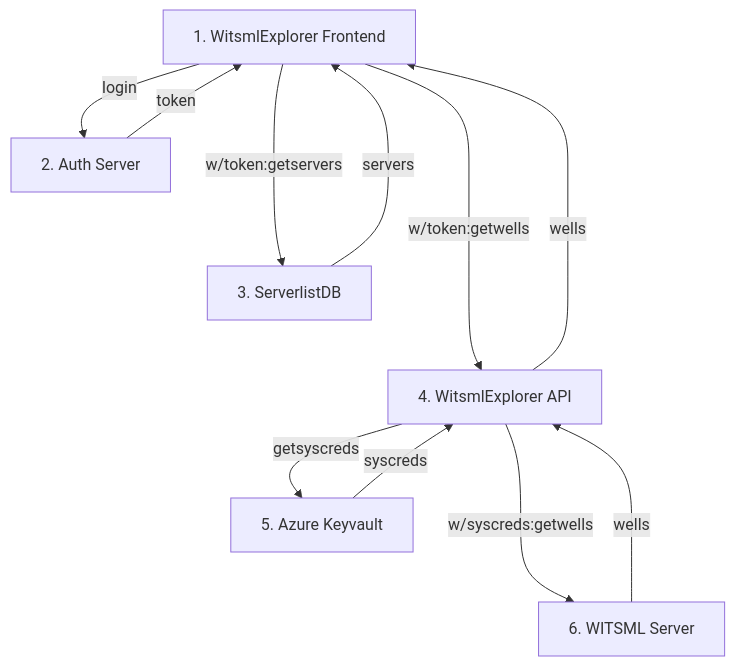
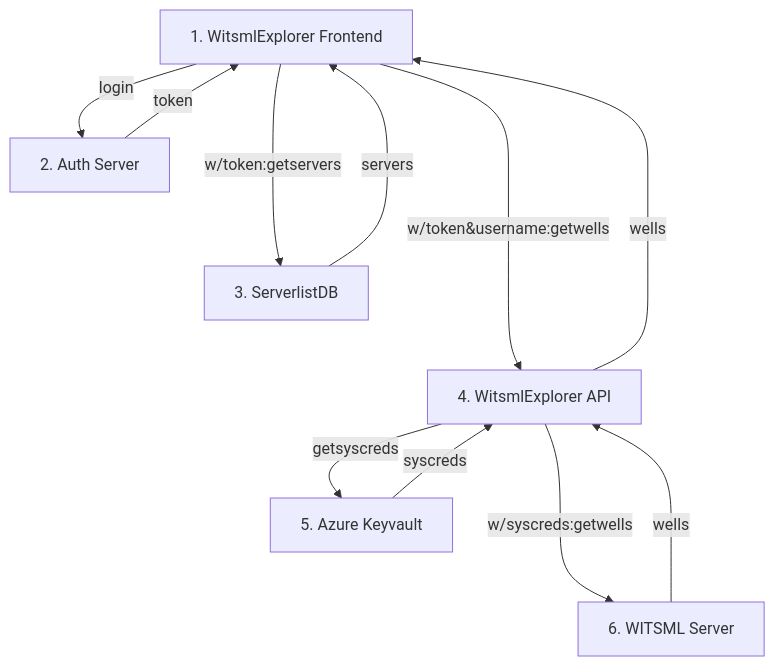
One commit to equinor/witsml-explorer changed the second of 2 diagrams in AUTH.md. Above: the diagram before and after it, drawn with Mermaid. The commit also changed other lines of this file and 3 other files, not shown here.

````diff
--- a/AUTH.md
+++ b/AUTH.md
@@ -214,14 +222,14 @@
 ```mermaid
 
 graph TD
     A[1. WitsmlExplorer Frontend] -->|login| B[2. Auth Server]
     B[2. Auth Server] --> |token| A[WitsmlExplorer Frontend]
     A[1. WitsmlExplorer Frontend] --->|w/token:getservers| G[3. ServerlistDB]
     G[3. ServerlistDB] --->|servers| A[itsml-Explorer]
-    A[1. WitsmlExplorer Frontend] ----> |w/token:getwells| H[3. WitsmlExplorer API]
+    A[1. WitsmlExplorer Frontend] ----> |w/token&username:getwells| H[3. WitsmlExplorer API]
     H[3. WitsmlExplorer API] ----> |wells| A[1. WitsmlExplorer Frontend]  
     H[3. WitsmlExplorer API] --> |getsyscreds| K[5. Azure Keyvault]
     K[5. Azure Keyvault] --> |syscreds| H[3. WitsmlExplorer API]
     H[3. WitsmlExplorer API] ---> |w/syscreds:getwells| J[6. WITSML Server]
     J[6. WITSML Server]  ---> |wells| H[4. WitsmlExplorer API]
 ```
````
